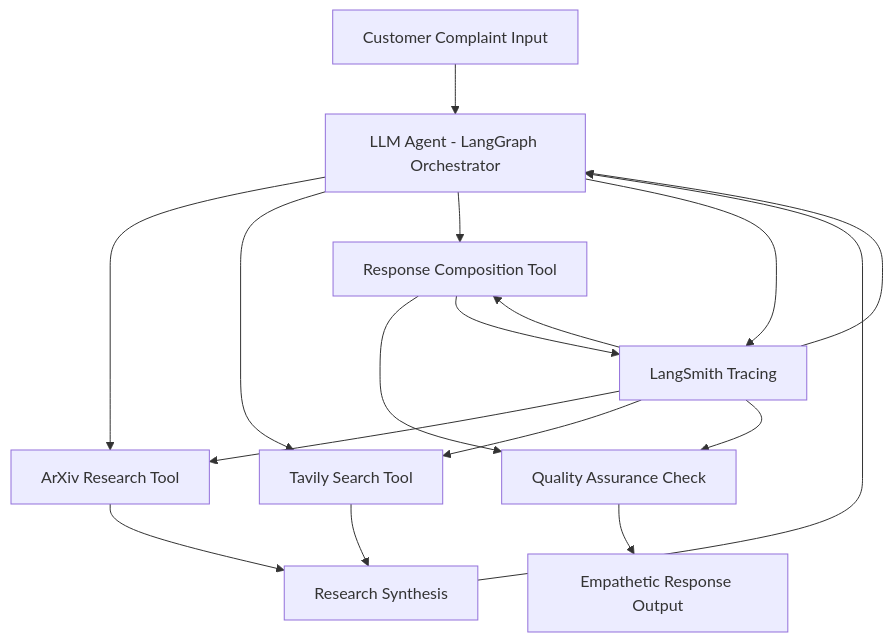
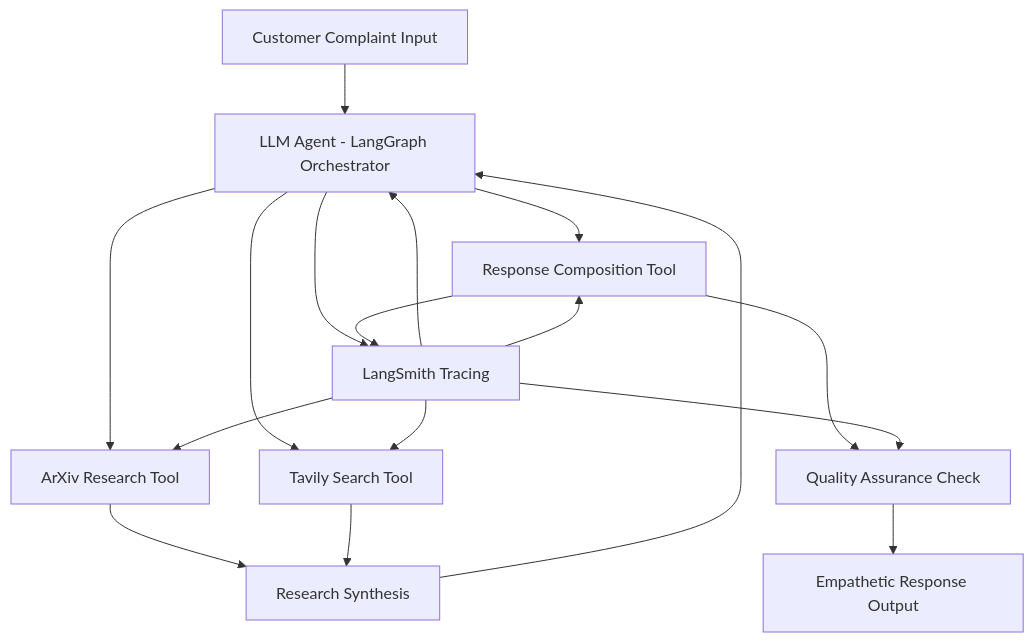
The diagram in README.md (ovokpus/ReplySight), drawn with Mermaid before and after one commit.

Commit message:
updated graph

````diff
--- a/README.md
+++ b/README.md
@@ -365,19 +365,22 @@
 ```mermaid
 graph TD
     A[Customer Complaint Input] --> B[LLM Agent - LangGraph Orchestrator]
     B --> C[ArXiv Research Tool]
     B --> D[Tavily Search Tool]
+    B --> F[Response Composition Tool]
+    B --> I[LangSmith Tracing]
     C --> E[Research Synthesis]
+    D --> E
     E --> B
-    D --> E
-    B --> F[Response Composition Tool]
+    
+    
     F --> G[Quality Assurance Check]
     G --> H[Empathetic Response Output]
     F --> I
-    B --> I[LangSmith Tracing]
+    
     I --> B
     I --> C
     I --> D
     I --> F
     I --> G
 ```
````
